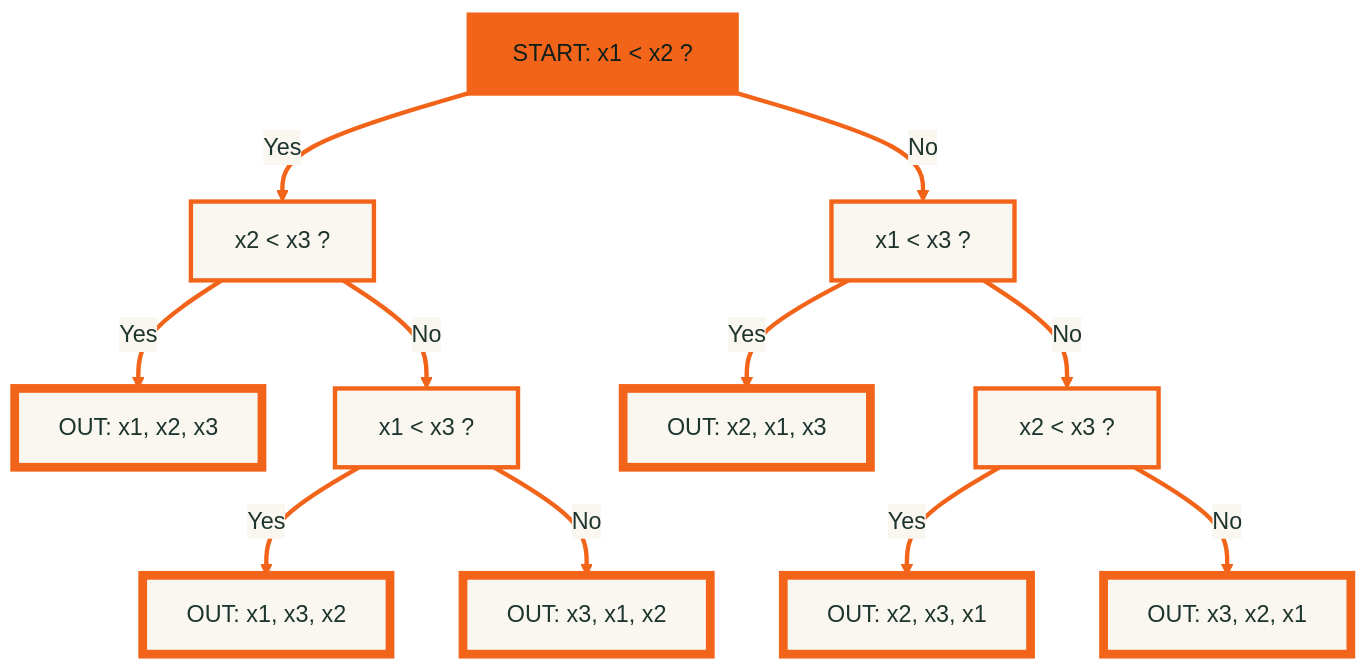
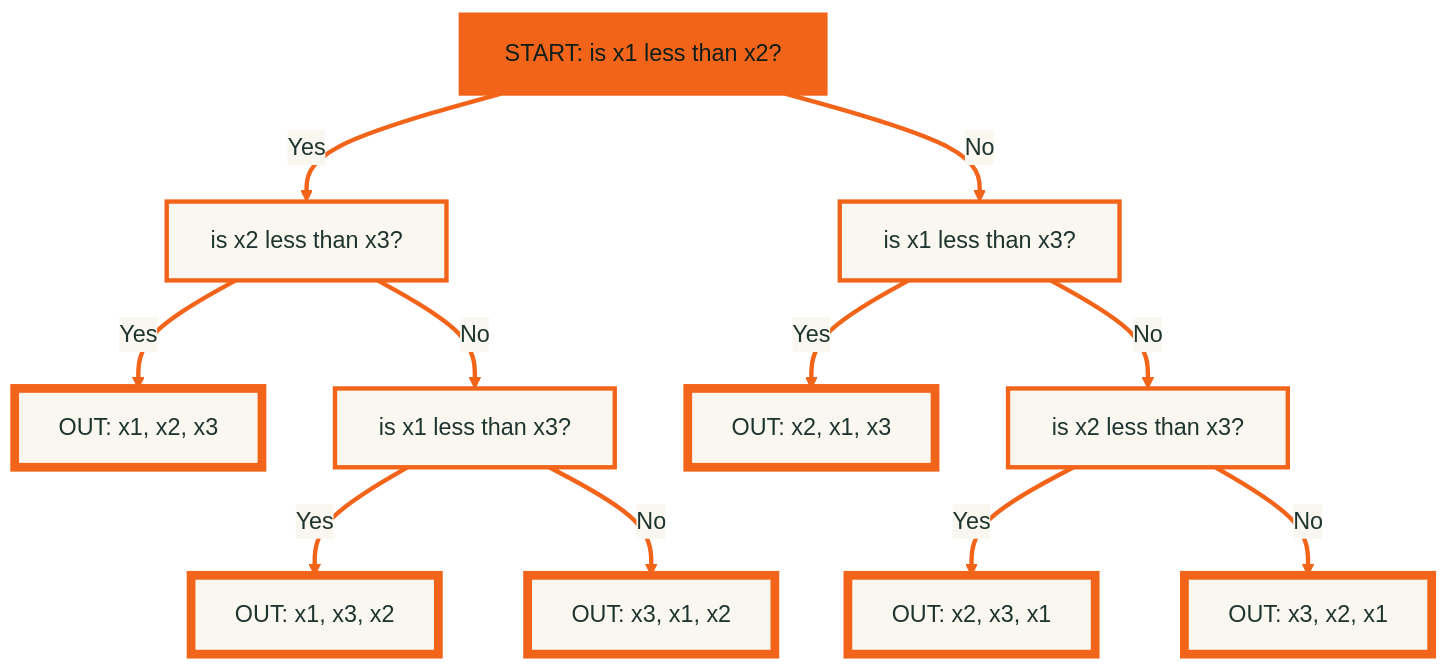
One commit to PanagopoulosNikolaos/DitOpenNotes changed the second of 3 diagrams in Year_3/Semester_5/ALGORITHMS_AND_COMPLEXITY/Resources/Notes/MidTerm/05_sorting_and_lower_bound.md. Above: the diagram before and after it, drawn with Mermaid. The commit also changed other lines of this file and 5 other files, not shown here.

Commit message:
fix(midterm-notes): correct examples and diagram syntax across review notes

````diff
--- a/Year_3/Semester_5/ALGORITHMS_AND_COMPLEXITY/Resources/Notes/MidTerm/05_sorting_and_lower_bound.md
+++ b/Year_3/Semester_5/ALGORITHMS_AND_COMPLEXITY/Resources/Notes/MidTerm/05_sorting_and_lower_bound.md
@@ -167,23 +167,23 @@
 ```mermaid
 %%{init: {"theme": "base", "themeVariables": {"primaryColor": "#FAF6F0", "primaryTextColor": "#1D352E", "primaryBorderColor": "#F26419", "lineColor": "#F26419", "textColor": "#1D352E", "edgeLabelBackground": "#FAF6F0", "fontFamily": "sans-serif"}}}%%
 flowchart TD
-    c1["START: x1 < x2 ?"] -->|Yes| c2["x2 < x3 ?"]
-    c1 -->|No| c3["x1 < x3 ?"]
-    c2 -->|Yes| l1["OUT: x1, x2, x3"]
-    c2 -->|No| c4["x1 < x3 ?"]
-    c4 -->|Yes| l2["OUT: x1, x3, x2"]
-    c4 -->|No| l3["OUT: x3, x1, x2"]
-    c3 -->|Yes| l4["OUT: x2, x1, x3"]
-    c3 -->|No| c5["x2 < x3 ?"]
-    c5 -->|Yes| l5["OUT: x2, x3, x1"]
-    c5 -->|No| l6["OUT: x3, x2, x1"]
+    c1["START: is x1 less than x2?"] -- Yes --> c2["is x2 less than x3?"]
+    c1 -- No --> c3["is x1 less than x3?"]
+    c2 -- Yes --> l1["OUT: x1, x2, x3"]
+    c2 -- No --> c4["is x1 less than x3?"]
+    c4 -- Yes --> l2["OUT: x1, x3, x2"]
+    c4 -- No --> l3["OUT: x3, x1, x2"]
+    c3 -- Yes --> l4["OUT: x2, x1, x3"]
+    c3 -- No --> c5["is x2 less than x3?"]
+    c5 -- Yes --> l5["OUT: x2, x3, x1"]
+    c5 -- No --> l6["OUT: x3, x2, x1"]
     class c1 focus
     class c2,c3,c4,c5 base
     class l1,l2,l3,l4,l5,l6 mark
     classDef default fill:#FAF6F0,stroke:#F26419,stroke-width:3px,color:#1D352E
     classDef base fill:#FAF6F0,stroke:#F26419,stroke-width:3px,color:#1D352E
     classDef soft fill:#D6E2DB,stroke:#F26419,stroke-width:3px,color:#1D352E
     classDef mark fill:#FAF6F0,stroke:#F26419,stroke-width:6px,color:#1D352E
     classDef focus fill:#F26419,stroke:#F26419,stroke-width:3px,color:#0F1F1A
     linkStyle default stroke:#F26419,stroke-width:3px
 ```
````
